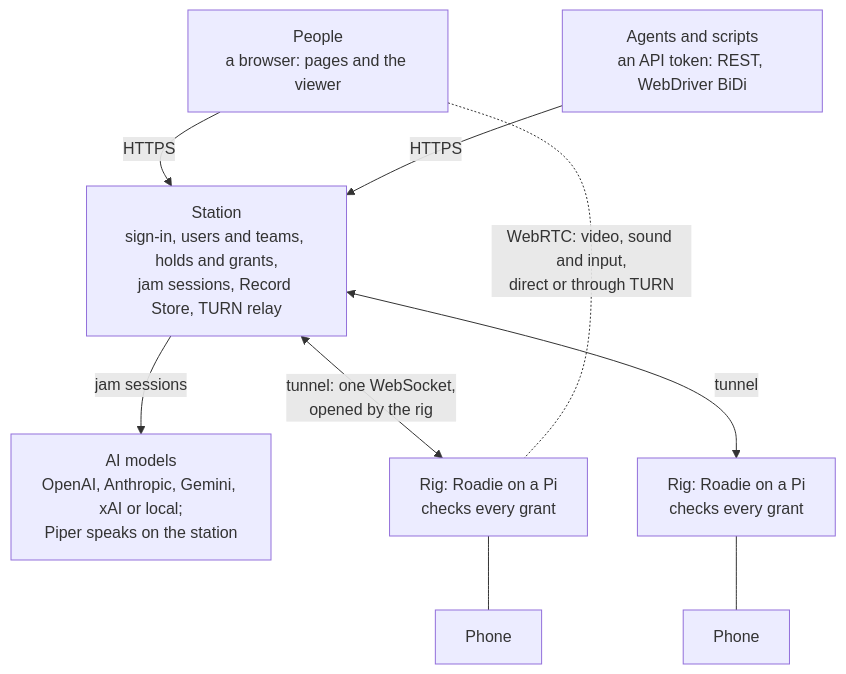
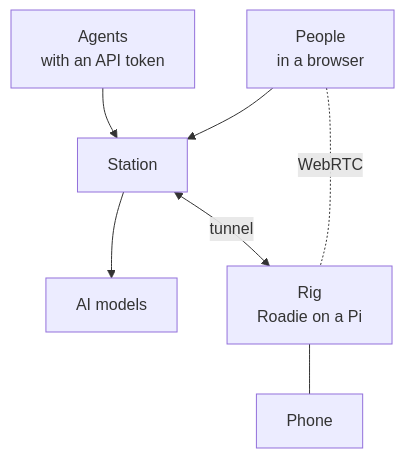
The diagram in README.md (VibiumDev/station), drawn with Mermaid before and after one commit.

Commit message:
README: a simpler diagram

````diff
--- a/README.md
+++ b/README.md
@@ -16,20 +16,16 @@
 ```mermaid
 flowchart TB
-    P["People<br/>a browser: pages and the viewer"]
-    A["Agents and scripts<br/>an API token: REST, WebDriver BiDi"]
-    S["Station<br/>sign-in, users and teams, holds and grants,<br/>jam sessions, Record Store, TURN relay"]
-    M["AI models<br/>OpenAI, Anthropic, Gemini, xAI or local;<br/>Piper speaks on the station"]
-    R1["Rig: Roadie on a Pi<br/>checks every grant"]
-    R2["Rig: Roadie on a Pi<br/>checks every grant"]
-    D1["Phone"]
-    D2["Phone"]
+    A["Agents<br/>with an API token"]
+    P["People<br/>in a browser"]
+    S["Station"]
+    M["AI models"]
+    R["Rig<br/>Roadie on a Pi"]
+    D["Phone"]
 
-    P -- "HTTPS" --> S
-    A -- "HTTPS" --> S
-    S -- "jam sessions" --> M
-    S <-- "tunnel: one WebSocket,<br/>opened by the rig" --> R1
-    S <-- "tunnel" --> R2
-    R1 --- D1
-    R2 --- D2
-    P -. "WebRTC: video, sound and input,<br/>direct or through TURN" .- R1
+    A --> S
+    P --> S
+    S --> M
+    S <-- "tunnel" --> R
+    R --- D
+    P -. "WebRTC" .- R
 ```
````
